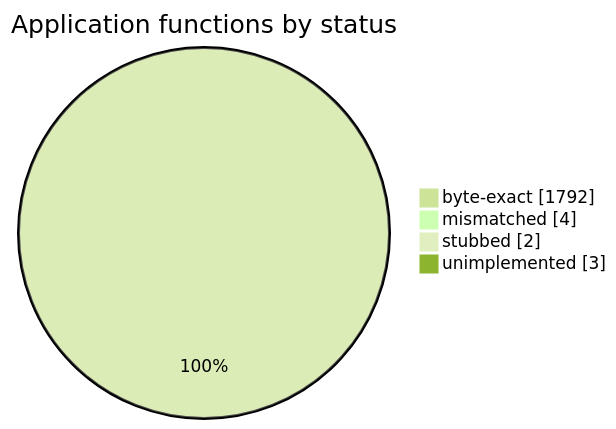
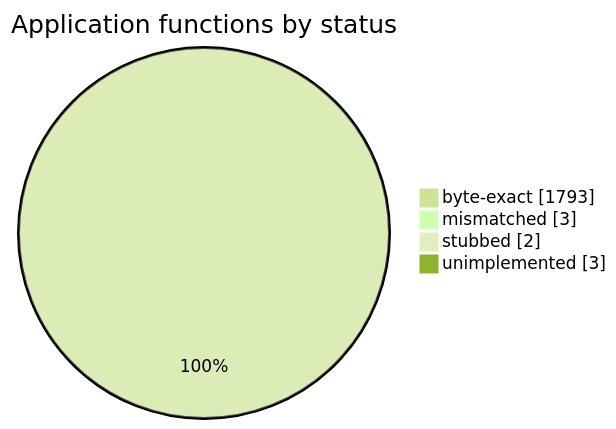
One commit to sorokya/eos changed the diagram in README.md. Above: the diagram before and after it, drawn with Mermaid (forest theme). The commit also changed other lines of this file and 2 other files, not shown here.

Commit message:
Attack_Execute byte-exact: chained self-assignment reproduces the duplicate stores; true end 0x46a990; sheet 1792->1793, +12223 bytes

````diff
--- a/README.md
+++ b/README.md
@@ -154,8 +154,8 @@
 ```mermaid
 pie showData
     title Application functions by status
-    "byte-exact" : 1792
-    "mismatched" : 4
+    "byte-exact" : 1793
+    "mismatched" : 3
     "stubbed" : 2
     "unimplemented" : 3
 ```
````
